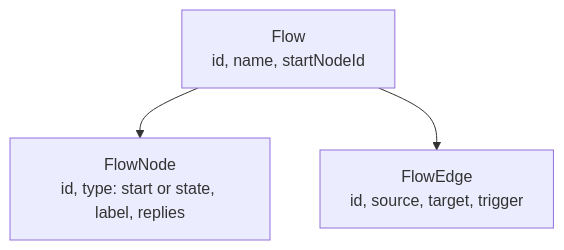
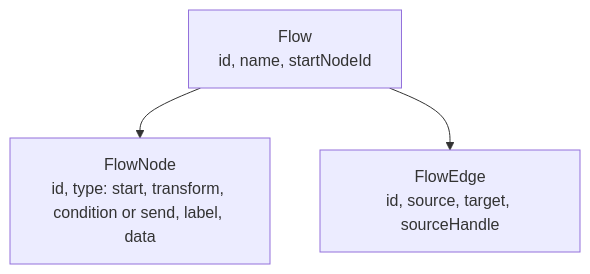
One commit to Jh123x/telegram-bot-on-browser changed the second of 6 diagrams in docs/ARCHITECTURE.md. Above: the diagram before and after it, drawn with Mermaid. The commit also changed other lines of this file and 25 other files, not shown here.

First line of the commit message:
Feat/transform condition send (#293)

````diff
--- a/docs/ARCHITECTURE.md
+++ b/docs/ARCHITECTURE.md
@@ -102,5 +102,5 @@
 ```mermaid
 flowchart TD
-  F[Flow<br/>id, name, startNodeId] --> FN[FlowNode<br/>id, type: start or state, label, replies]
-  F --> FE[FlowEdge<br/>id, source, target, trigger]
+  F[Flow<br/>id, name, startNodeId] --> FN[FlowNode<br/>id, type: start, transform, condition or send, label, data]
+  F --> FE[FlowEdge<br/>id, source, target, sourceHandle]
 ```
````
